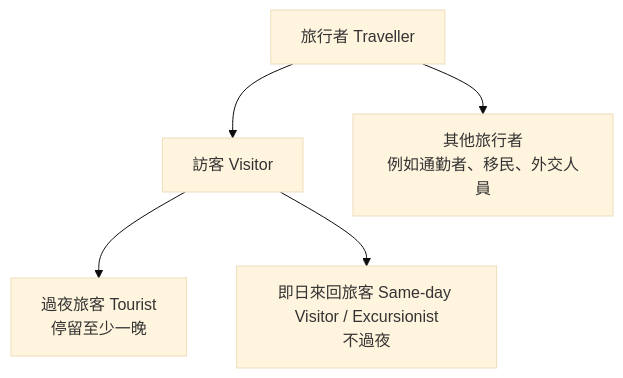
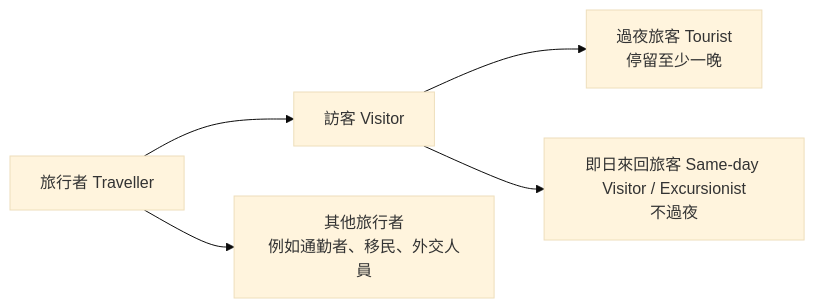
One commit to louisxchan1-sys/thsnotes changed the first of 2 diagrams in docs/compulsory/01-intro-tourism.md. Above: the diagram before and after it, drawn with Mermaid (base theme). The commit also changed 5 other files, not shown here.

````diff
--- a/docs/compulsory/01-intro-tourism.md
+++ b/docs/compulsory/01-intro-tourism.md
@@ -28,7 +28,7 @@
 ```mermaid
-graph TD
+graph LR
     A[旅行者 Traveller] --> B[訪客 Visitor]
     A --> C[其他旅行者<br/>例如通勤者、移民、外交人員]
     B --> D["過夜旅客 Tourist<br/>停留至少一晚"]
     B --> E["即日來回旅客 Same-day Visitor / Excursionist<br/>不過夜"]
 ```
````
